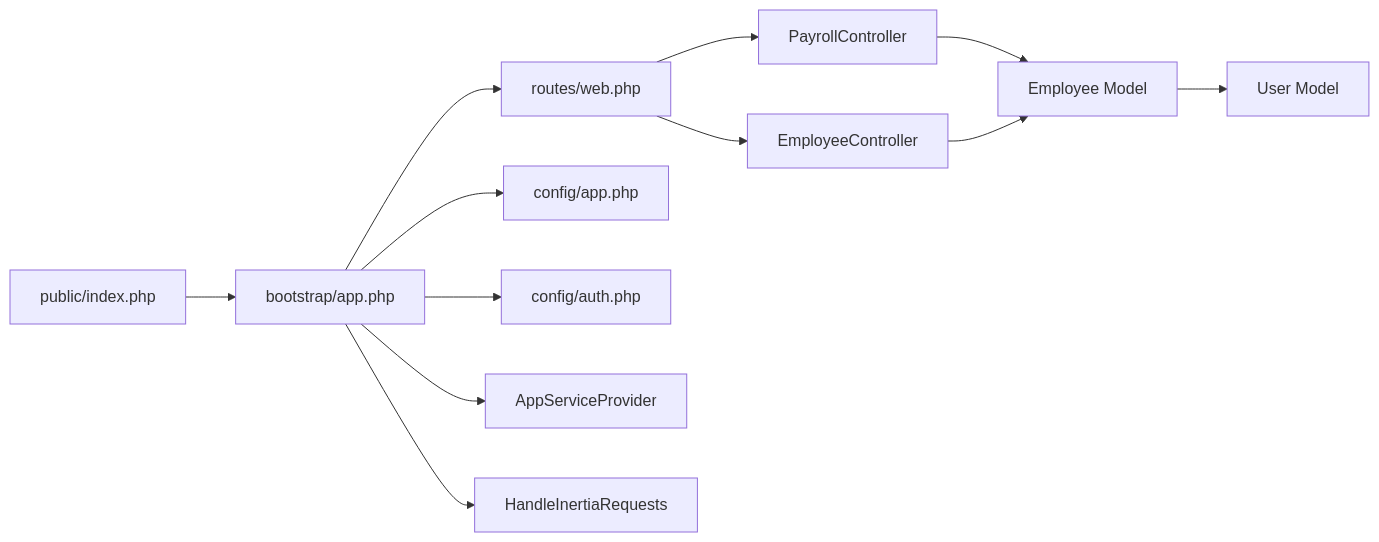
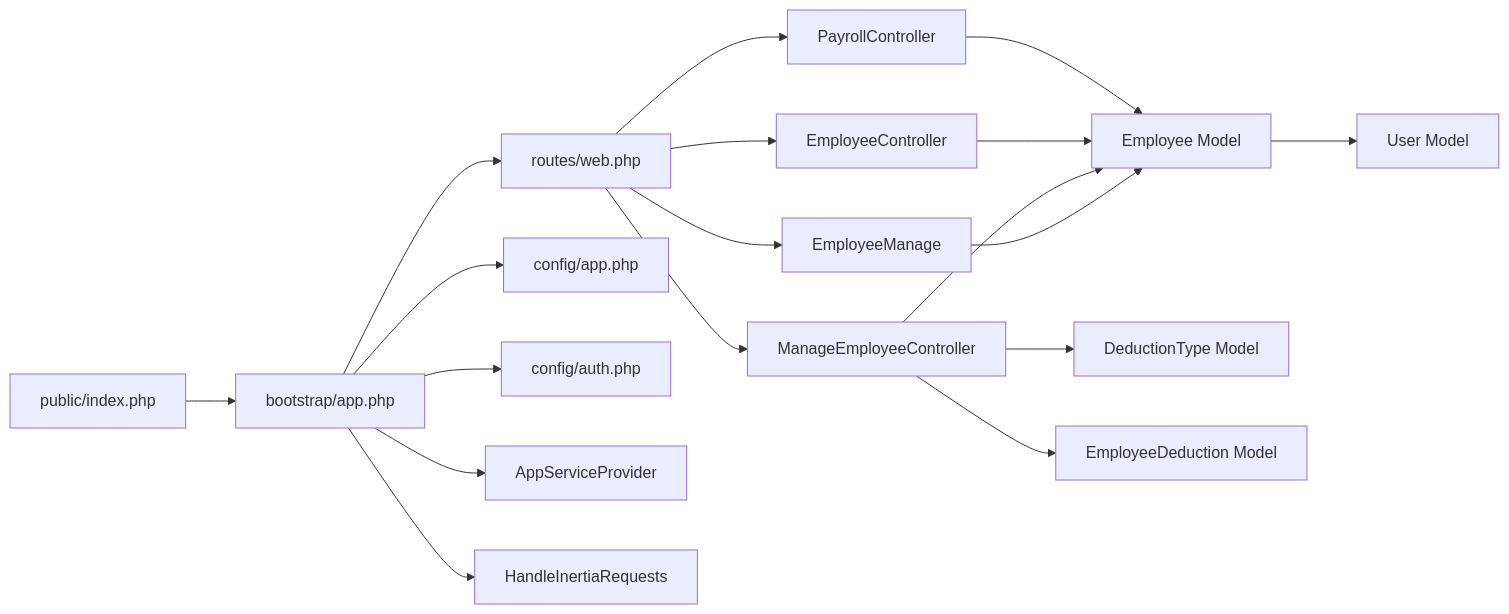
Before and after one commit to vincet0t15/template: the ninth of 9 diagrams in .qoder/repowiki/en/content/Architecture Overview/Backend Architecture.md, drawn with Mermaid. The commit also changed other lines of this file and 8 other files, not shown here.

````diff
--- a/.qoder/repowiki/en/content/Architecture Overview/Backend Architecture.md
+++ b/.qoder/repowiki/en/content/Architecture Overview/Backend Architecture.md
@@ -421,14 +551,20 @@
 ```mermaid
 graph LR
 PUB["public/index.php"] --> APP["bootstrap/app.php"]
 APP --> WEB["routes/web.php"]
 WEB --> PC["PayrollController"]
 WEB --> EC["EmployeeController"]
+WEB --> MEC["ManageEmployeeController"]
+WEB --> EMC["EmployeeManage"]
 PC --> EM["Employee Model"]
 EC --> EM
+MEC --> EM
+EMC --> EM
 EM --> UM["User Model"]
+MEC --> DT["DeductionType Model"]
+MEC --> ED["EmployeeDeduction Model"]
 APP --> CONF1["config/app.php"]
 APP --> CONF2["config/auth.php"]
 APP --> SP["AppServiceProvider"]
 APP --> MID["HandleInertiaRequests"]
 ```
````
